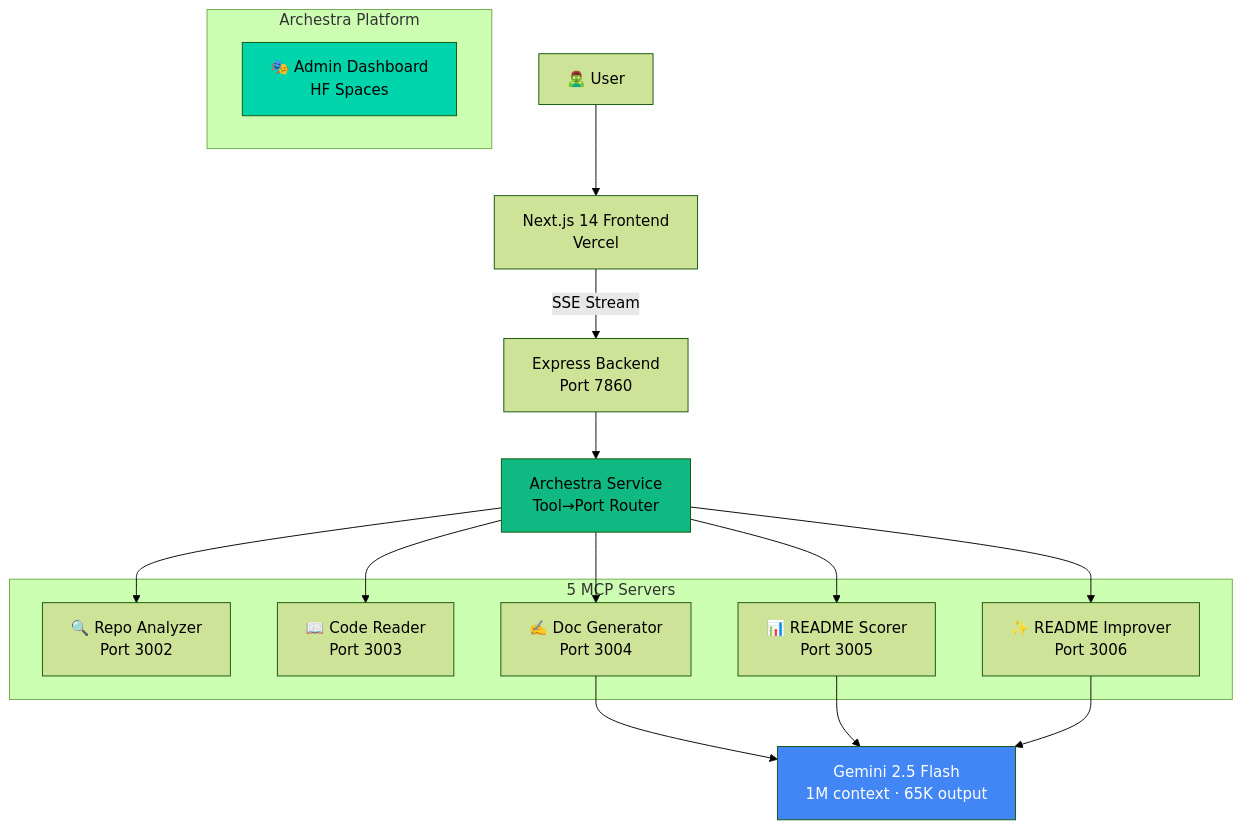
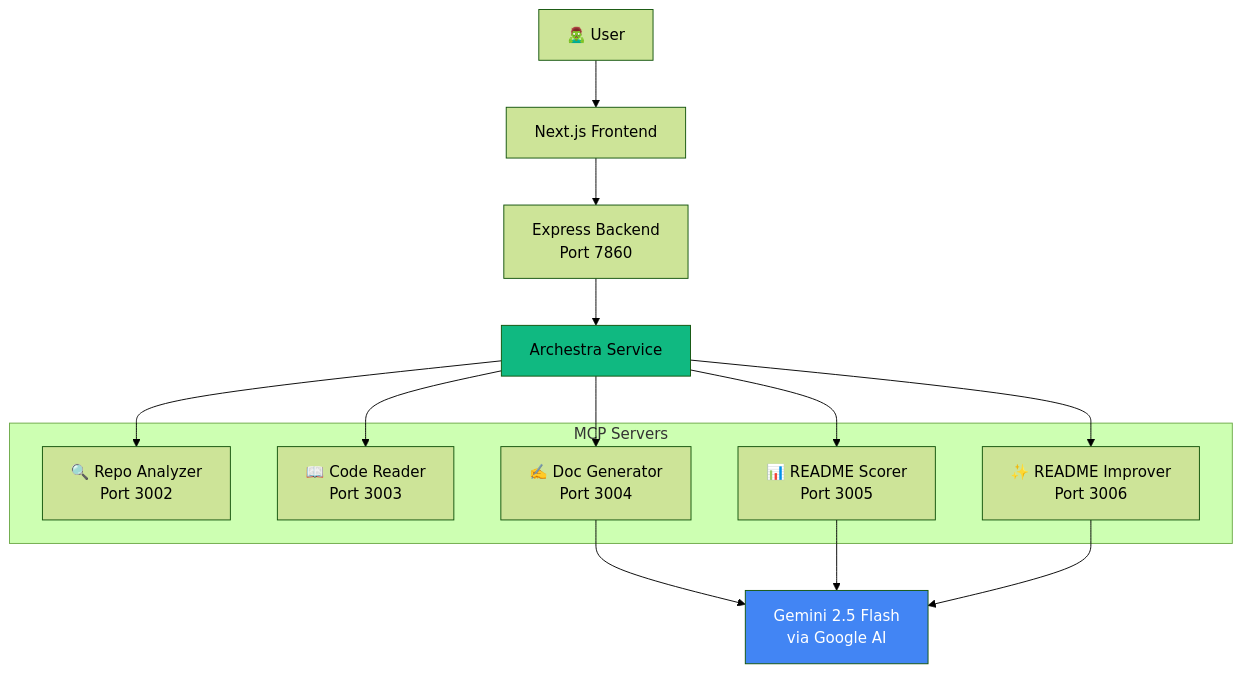
The first of 2 diagrams in README.md (yadnyeshkolte/readmere), drawn with Mermaid (forest theme) before and after one commit. The commit also changed other lines of this file and 7 other files, not shown here.

````diff
--- a/README.md
+++ b/README.md
@@ -95,30 +27,27 @@
 ```mermaid
 graph TB
-    User[🧟‍♂️ User] --> Frontend[Next.js 14 Frontend<br/>Vercel]
-    Frontend --> |SSE Stream| Backend[Express Backend<br/>Port 7860]
-    Backend --> Archestra[Archestra Service<br/>Tool→Port Router]
+    User[🧟‍♂️ User] --> Frontend[Next.js Frontend]
+    Frontend --> Backend[Express Backend<br/>Port 7860]
+    Backend --> Archestra[Archestra Service]
     
-    subgraph "5 MCP Servers"
+    subgraph "MCP Servers"
         RA[🔍 Repo Analyzer<br/>Port 3002]
         CR[📖 Code Reader<br/>Port 3003]
         DG[✍️ Doc Generator<br/>Port 3004]
         RS[📊 README Scorer<br/>Port 3005]
         RI[✨ README Improver<br/>Port 3006]
     end
     
     Archestra --> RA
     Archestra --> CR
     Archestra --> DG
     Archestra --> RS
     Archestra --> RI
     
-    DG & RS & RI --> Gemini[Gemini 2.5 Flash<br/>1M context · 65K output]
-    
-    subgraph "Archestra Platform"
-        AP[🎭 Admin Dashboard<br/>HF Spaces]
-    end
+    DG --> Gemini[Gemini 2.5 Flash<br/>via Google AI]
+    RS --> Gemini
+    RI --> Gemini
     
     style Archestra fill:#10b981,color:#000
     style Gemini fill:#4285F4,color:#fff
-    style AP fill:#00d4aa,color:#000
 ```
````
